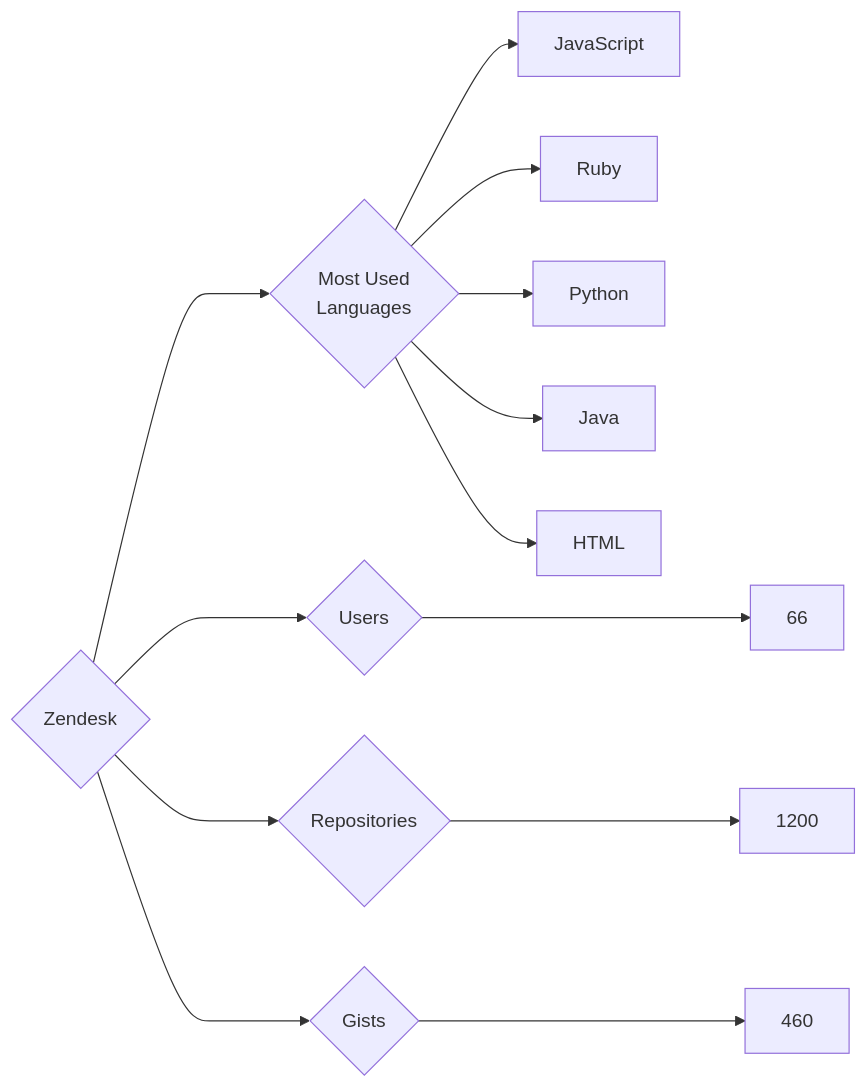
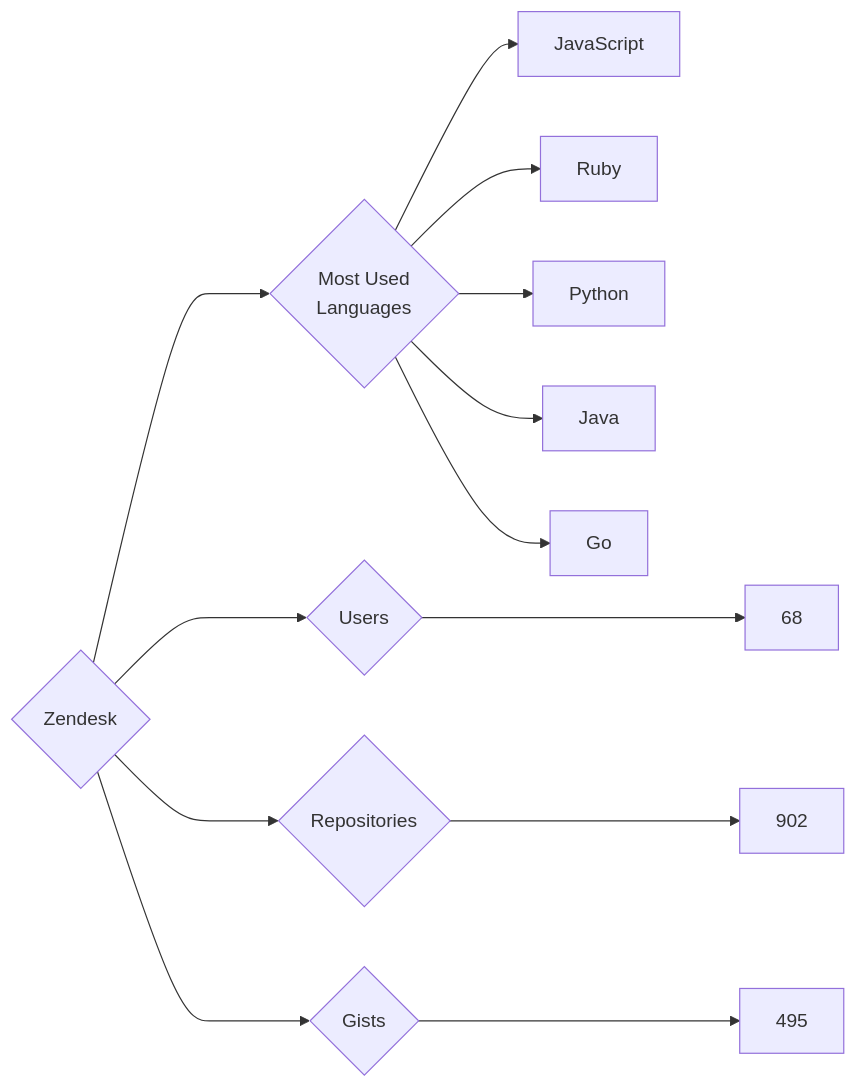
One commit to trickest/insiders changed the diagram in targets/Zendesk/README.md. Above: the diagram before and after it, drawn with Mermaid. The commit also changed 964 other files, not shown here.

````diff
--- a/targets/Zendesk/README.md
+++ b/targets/Zendesk/README.md
@@ -3,13 +3,13 @@
 ```mermaid
 graph LR
 COMPANY_NAME{Zendesk}
-COMPANY_NAME ---> U{Users} ---> UN[66]
-COMPANY_NAME ---> R{Repositories} ---> RN[1200]
-COMPANY_NAME ---> G{Gists} ---> GN[460]
+COMPANY_NAME ---> U{Users} ---> UN[68]
+COMPANY_NAME ---> R{Repositories} ---> RN[902]
+COMPANY_NAME ---> G{Gists} ---> GN[495]
 COMPANY_NAME ---> ML{Most Used<br>Languages}
 ML --> JavaScript[JavaScript]
 ML --> Ruby[Ruby]
 ML --> Python[Python]
 ML --> Java[Java]
-ML --> HTML[HTML]
+ML --> Go[Go]
 ```
````
